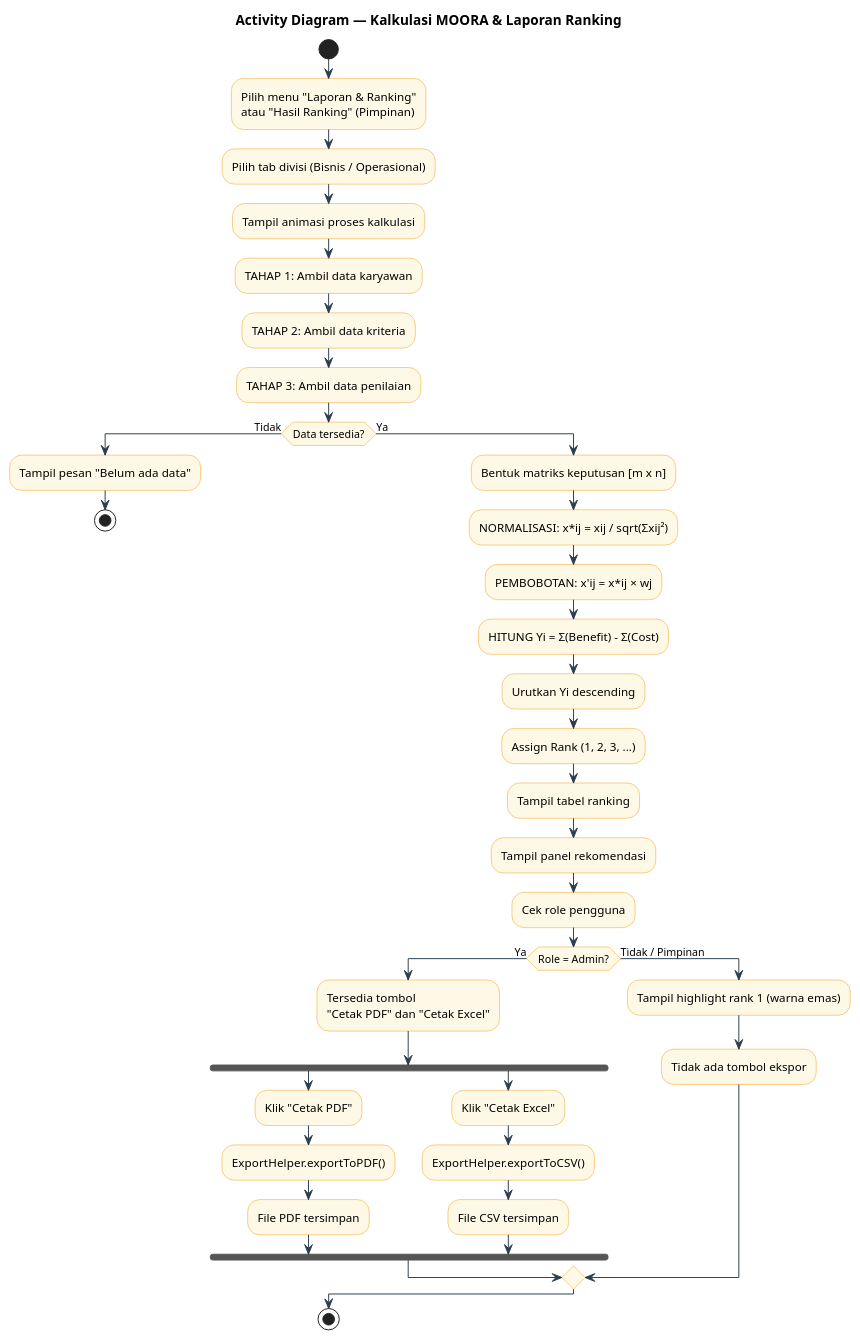
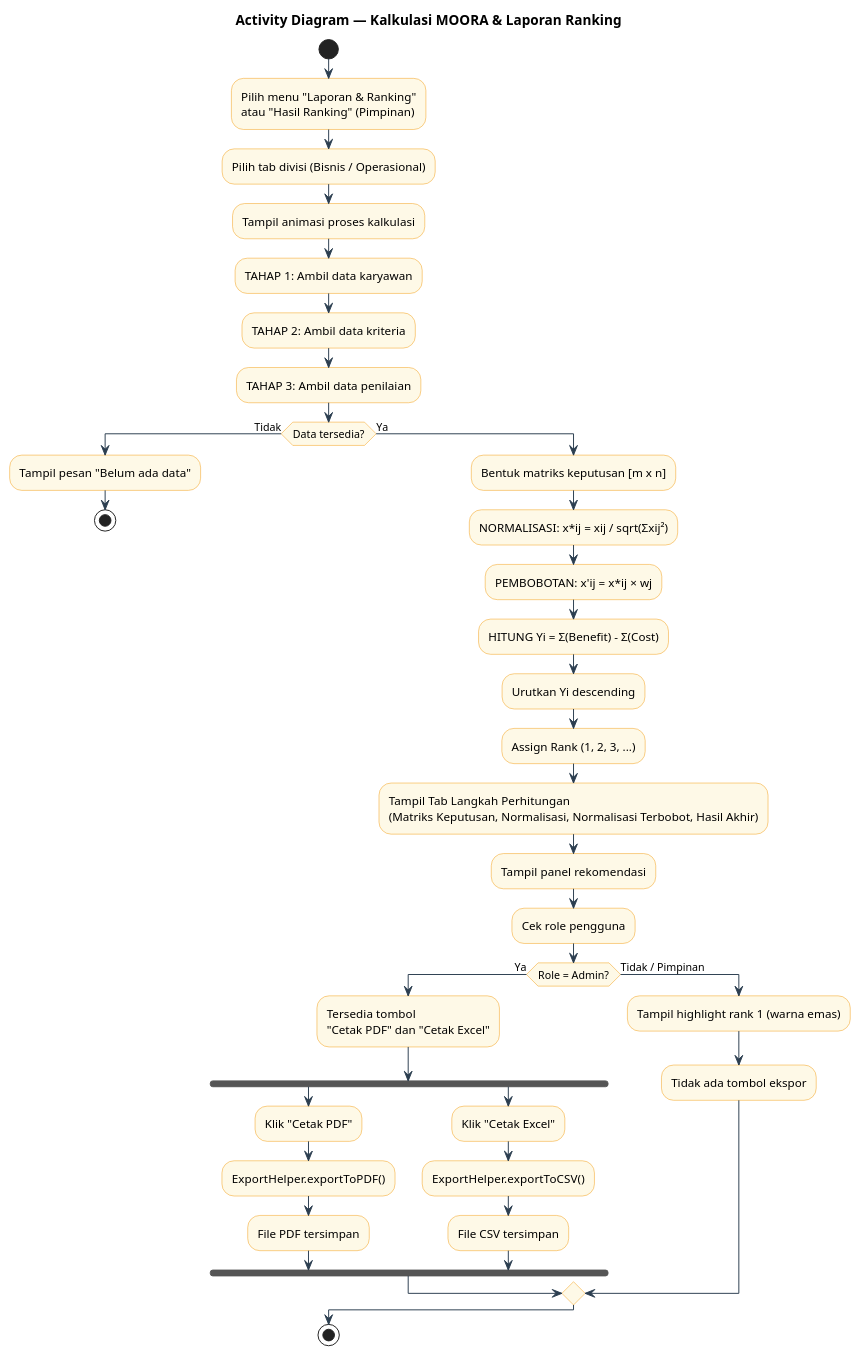
Before and after one commit to caidenrev/spk-bri-2.0: the fifth of 14 diagrams in BAB4_DIAGRAM.md, drawn with PlantUML. The commit also changed other lines of this file and 8 other files, not shown here.

````diff
--- a/BAB4_DIAGRAM.md
+++ b/BAB4_DIAGRAM.md
@@ -234,49 +224,49 @@
 ```plantuml
 @startuml ActivityMoora
 skinparam activityBackgroundColor #FEF9E7
 skinparam activityBorderColor #F39C12
 skinparam arrowColor #2C3E50
 title Activity Diagram — Kalkulasi MOORA & Laporan Ranking
 
 start
 :Pilih menu "Laporan & Ranking"\natau "Hasil Ranking" (Pimpinan);
 :Pilih tab divisi (Bisnis / Operasional);
 :Tampil animasi proses kalkulasi;
 
 :TAHAP 1: Ambil data karyawan;
 :TAHAP 2: Ambil data kriteria;
 :TAHAP 3: Ambil data penilaian;
 
 if (Data tersedia?) then (Tidak)
   :Tampil pesan "Belum ada data";
   stop
 else (Ya)
   :Bentuk matriks keputusan [m x n];
   :NORMALISASI: x*ij = xij / sqrt(Σxij²);
   :PEMBOBOTAN: x'ij = x*ij × wj;
   :HITUNG Yi = Σ(Benefit) - Σ(Cost);
   :Urutkan Yi descending;
   :Assign Rank (1, 2, 3, ...);
-  :Tampil tabel ranking;
+  :Tampil Tab Langkah Perhitungan\n(Matriks Keputusan, Normalisasi, Normalisasi Terbobot, Hasil Akhir);
   :Tampil panel rekomendasi;
   :Cek role pengguna;
 
   if (Role = Admin?) then (Ya)
     :Tersedia tombol\n"Cetak PDF" dan "Cetak Excel";
     fork
       :Klik "Cetak PDF";
       :ExportHelper.exportToPDF();
       :File PDF tersimpan;
     fork again
       :Klik "Cetak Excel";
       :ExportHelper.exportToCSV();
       :File CSV tersimpan;
     end fork
   else (Tidak / Pimpinan)
     :Tampil highlight rank 1 (warna emas);
     :Tidak ada tombol ekspor;
   endif
 endif
 stop
 @enduml
 ```
````
